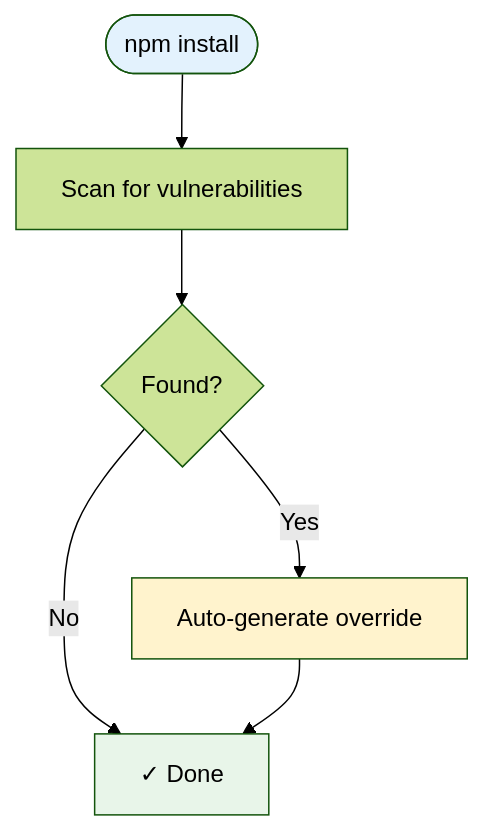
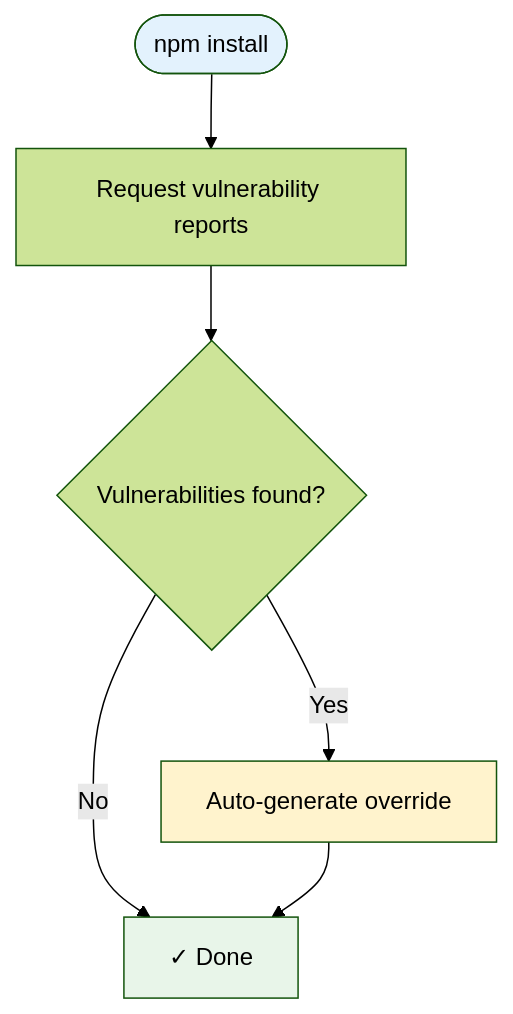
The fourth of 6 diagrams in README.md (yowainwright/pastoralist), drawn with Mermaid (forest theme) before and after one commit. The commit also changed other lines of this file and 9 other files, not shown here.

````diff
--- a/README.md
+++ b/README.md
@@ -224,12 +228,12 @@
 ```mermaid
 flowchart TD
-    Start([npm install]) --> Scan[Scan for vulnerabilities]
-    Scan --> Detect{Found?}
+    Start([npm install]) --> Scan[Request vulnerability reports]
+    Scan --> Detect{Vulnerabilities found?}
     Detect -->|Yes| Fix[Auto-generate override]
     Detect -->|No| Done[✓ Done]
     Fix --> Done
 
     style Start fill:#e3f2fd
     style Fix fill:#fff3cd
     style Done fill:#e8f5e9
 ```
````
